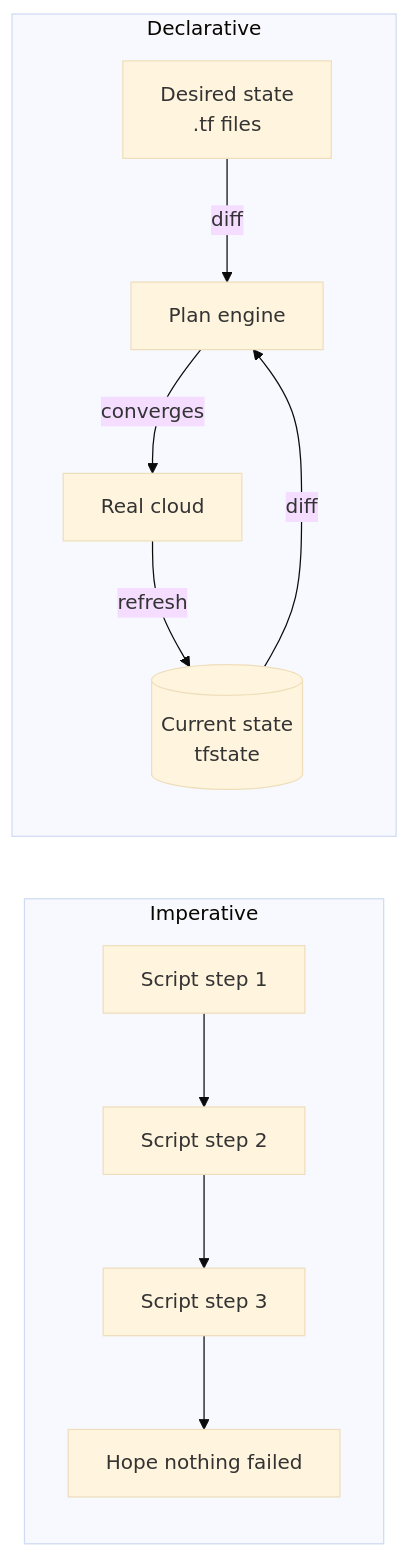
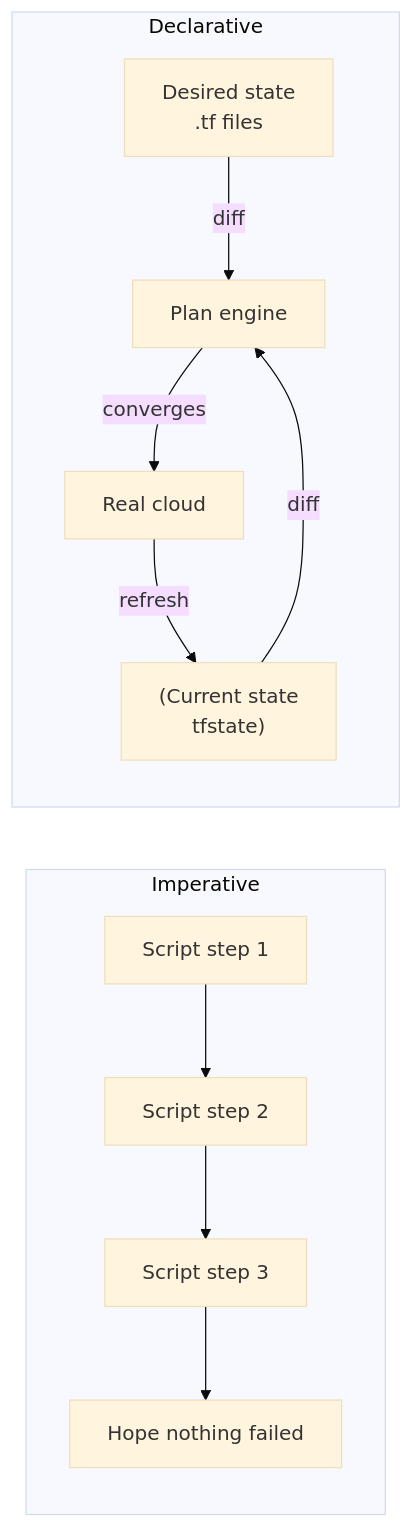
The first of 12 diagrams in 07-terraform/README.md (srinivaskona7/devops-learning), drawn with Mermaid (base theme) before and after one commit. The commit also changed other lines of this file and 220 other files, not shown here.

````diff
--- a/07-terraform/README.md
+++ b/07-terraform/README.md
@@ -87,17 +87,17 @@
 ```mermaid
 flowchart LR
   subgraph imperative[Imperative]
     A1[Script step 1] --> A2[Script step 2]
     A2 --> A3[Script step 3]
     A3 --> A4[Hope nothing failed]
   end
   subgraph declarative[Declarative]
-    B1[Desired state<br/>.tf files]
-    B2[(Current state<br/>tfstate)]
+    B1["Desired state<br/>.tf files"]
+    B2["(Current state<br/>tfstate)"]
     B3[Real cloud]
     B1 -->|diff| P[Plan engine]
     B2 -->|diff| P
     B3 -->|refresh| B2
     P -->|converges| B3
   end
 ```
````
